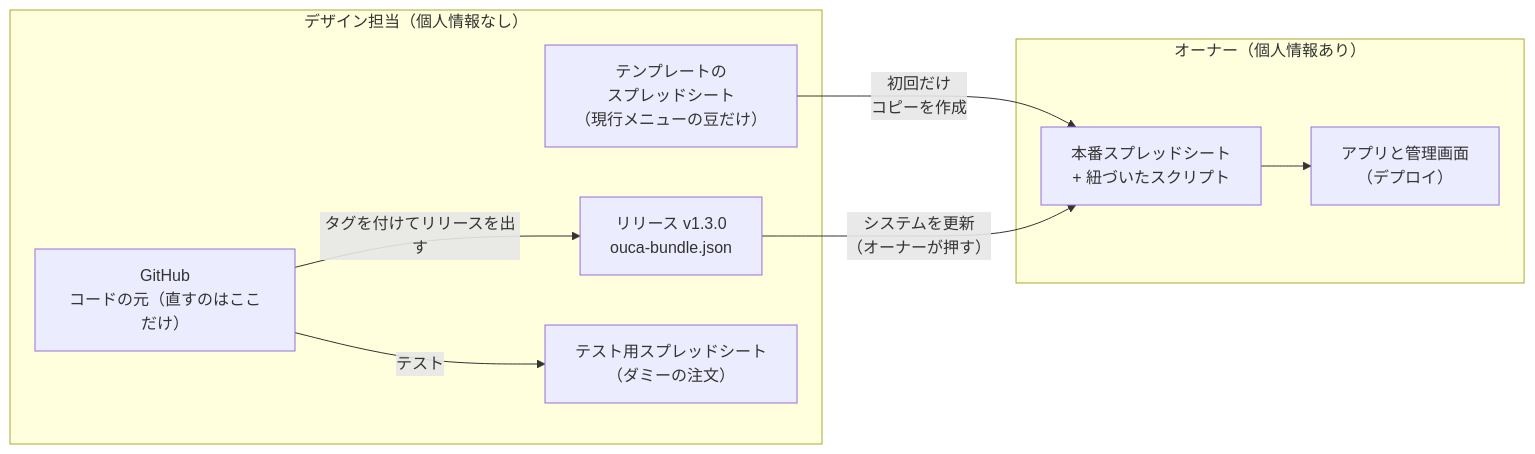
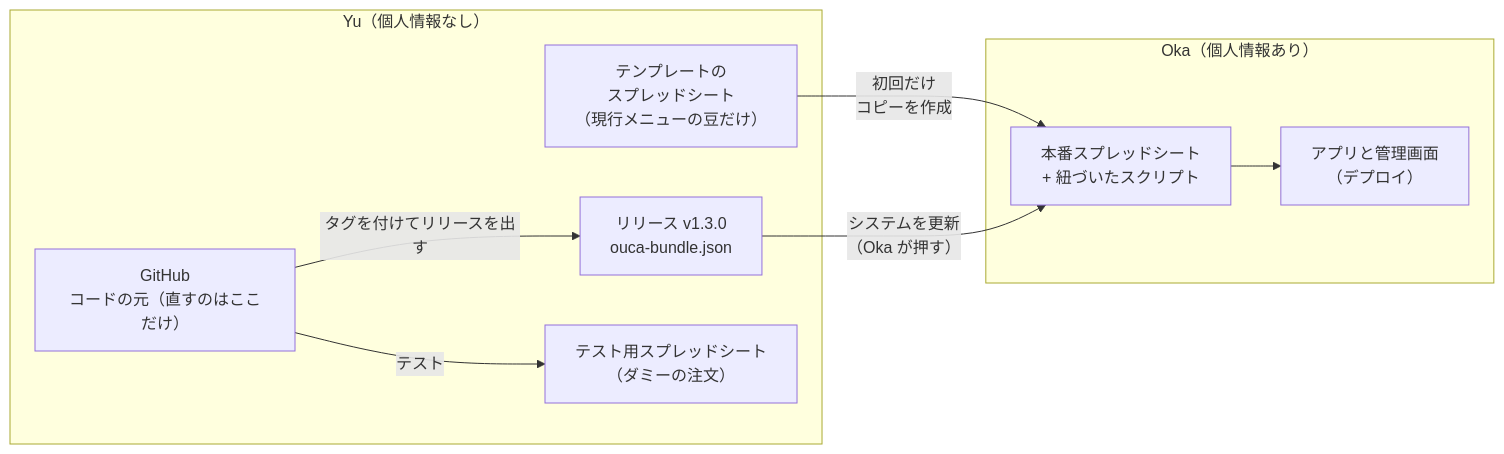
The first of 2 diagrams in docs/to-be/delivery-flow.md (yuk-wq/ouca), drawn with Mermaid before and after one commit. The commit also changed other lines of this file and 4 other files, not shown here.

````diff
--- a/docs/to-be/delivery-flow.md
+++ b/docs/to-be/delivery-flow.md
@@ -73,18 +73,18 @@
 ```mermaid
 flowchart LR
-  subgraph D["デザイン担当（個人情報なし）"]
+  subgraph D["Yu（個人情報なし）"]
     G["GitHub<br/>コードの元（直すのはここだけ）"]
     R["リリース v1.3.0<br/>ouca-bundle.json"]
     TP["テンプレートの<br/>スプレッドシート<br/>（現行メニューの豆だけ）"]
     TS["テスト用スプレッドシート<br/>（ダミーの注文）"]
   end
-  subgraph O["オーナー（個人情報あり）"]
+  subgraph O["Oka（個人情報あり）"]
     S["本番スプレッドシート<br/>+ 紐づいたスクリプト"]
     W["アプリと管理画面<br/>（デプロイ）"]
   end
   G -->|"タグを付けてリリースを出す"| R
   G -->|"テスト"| TS
   TP -->|"初回だけ<br/>コピーを作成"| S
-  R -->|"システムを更新<br/>（オーナーが押す）"| S
+  R -->|"システムを更新<br/>（Oka が押す）"| S
   S --> W
 ```
````
